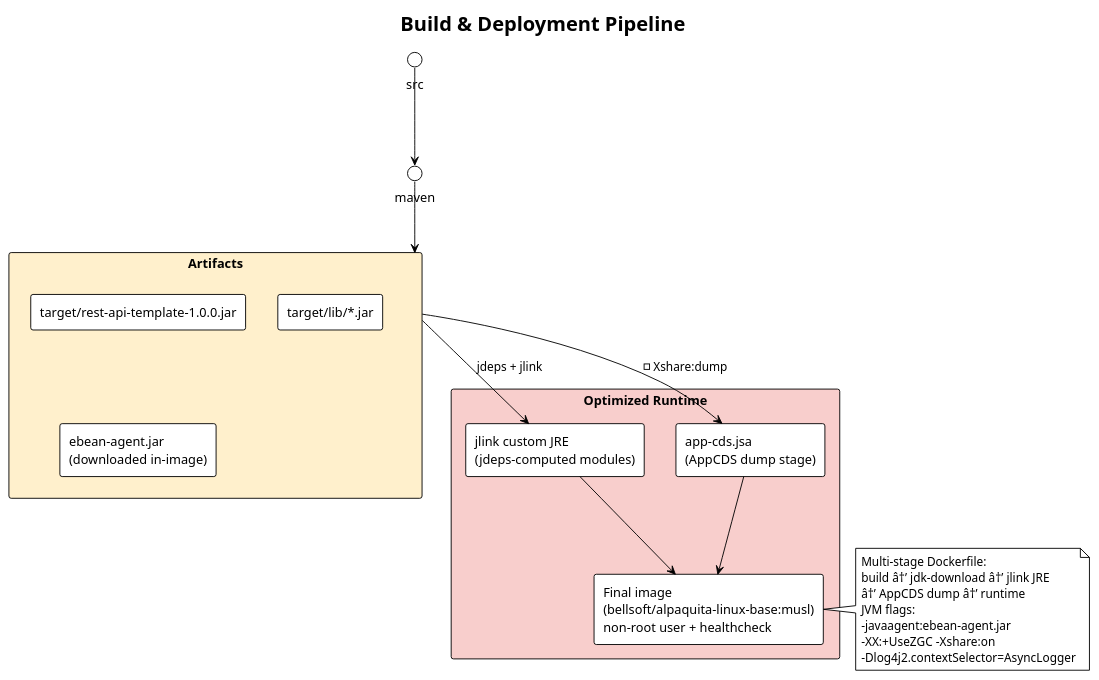
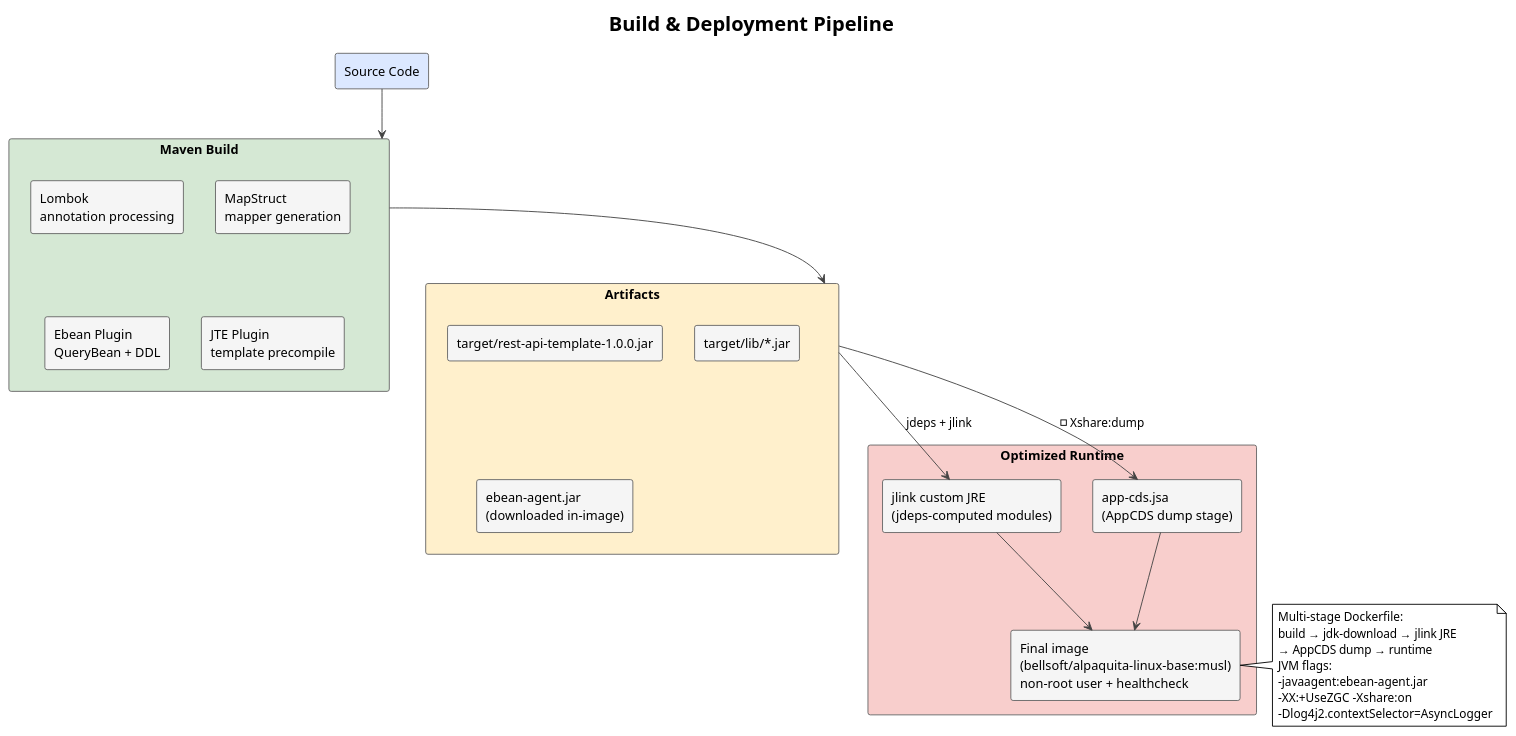
Before and after one commit to batzorigt/rest-api-template: the eighth of 8 diagrams in docs/architecture.md, drawn with PlantUML. The commit also changed other lines of this file, not shown here.

````diff
--- a/docs/architecture.md
+++ b/docs/architecture.md
@@ -329,37 +595,51 @@
 ```plantuml
 @startuml Build
 !theme plain
 title Build & Deployment Pipeline
 
+skinparam rectangle {
+  BorderColor #666666
+  BackgroundColor #f5f5f5
+}
+skinparam ArrowColor #444444
+
+rectangle "Source Code" as src #dce8ff
+
+rectangle "Maven Build" as maven #d5e8d4 {
+  rectangle "Lombok\nannotation processing" as lombok
+  rectangle "MapStruct\nmapper generation" as mapstruct
+  rectangle "Ebean Plugin\nQueryBean + DDL" as ebean
+  rectangle "JTE Plugin\ntemplate precompile" as jte
+}
 
 rectangle "Artifacts" as artifacts #fff0cc {
   rectangle "target/rest-api-template-1.0.0.jar" as jar
   rectangle "target/lib/*.jar" as libs
   rectangle "ebean-agent.jar\n(downloaded in-image)" as agent
 }
 
 rectangle "Optimized Runtime" as deploy #f8cecc {
   rectangle "jlink custom JRE\n(jdeps-computed modules)" as jre
   rectangle "app-cds.jsa\n(AppCDS dump stage)" as cds
   rectangle "Final image\n(bellsoft/alpaquita-linux-base:musl)\nnon-root user + healthcheck" as docker
 }
 
 src --> maven
 maven --> artifacts
 artifacts --> jre : "jdeps + jlink"
 artifacts --> cds : "-Xshare:dump"
 jre --> docker
 cds --> docker
 
 note right of docker
   Multi-stage Dockerfile:
-  build â†’ jdk-download â†’ jlink JRE
-  â†’ AppCDS dump â†’ runtime
+  build → jdk-download → jlink JRE
+  → AppCDS dump → runtime
   JVM flags:
   -javaagent:ebean-agent.jar
   -XX:+UseZGC -Xshare:on
   -Dlog4j2.contextSelector=AsyncLogger
 end note
 
 @enduml
 ```
````
